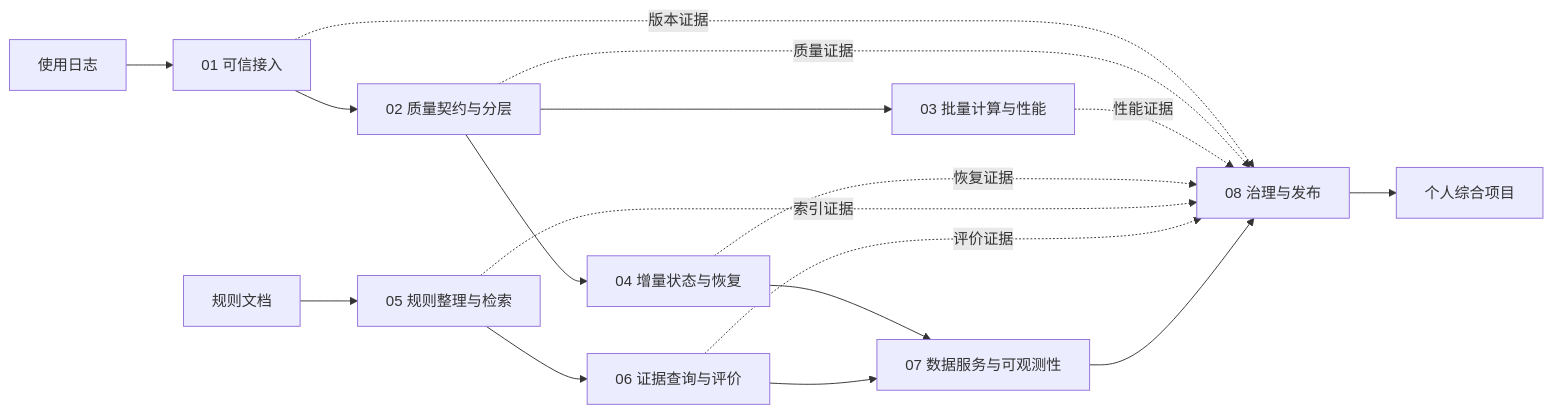
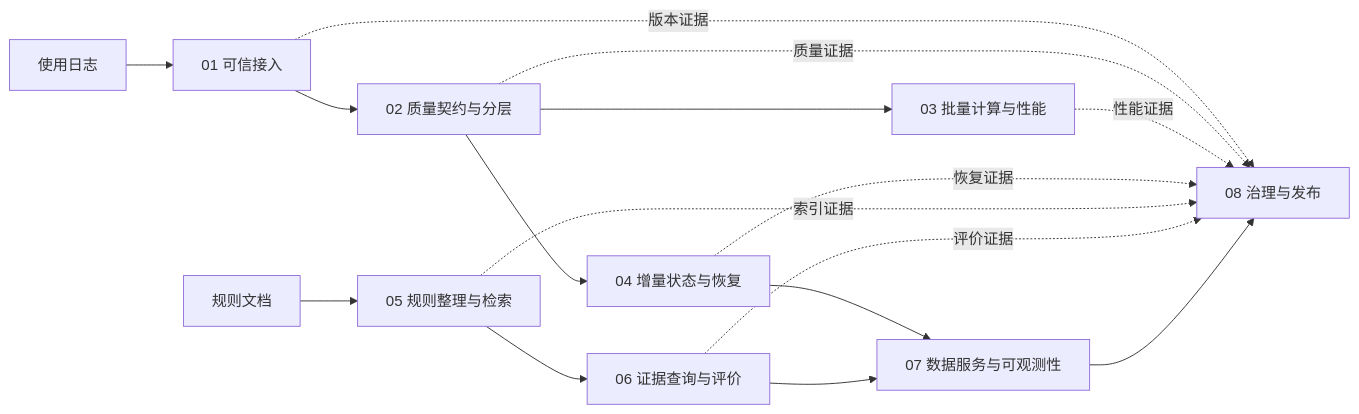
Before and after one commit to guoketg/course_cloude_computing: the diagram in 控制文档/课程总体设计方案.md, drawn with Mermaid. The commit also changed other lines of this file and 14 other files, not shown here.

````diff
--- a/控制文档/课程总体设计方案.md
+++ b/控制文档/课程总体设计方案.md
@@ -40,16 +40,16 @@
 ```mermaid
 flowchart LR
   L[使用日志] --> A[01 可信接入] --> B[02 质量契约与分层]
   B --> C[03 批量计算与性能]
   B --> D[04 增量状态与恢复]
   R[规则文档] --> E[05 规则整理与检索] --> F[06 证据查询与评价]
   D --> G[07 数据服务与可观测性]
   F --> G
   A -.版本证据.-> H[08 治理与发布]
   B -.质量证据.-> H
   C -.性能证据.-> H
   D -.恢复证据.-> H
   E -.索引证据.-> H
   F -.评价证据.-> H
-  G --> H --> I[个人综合项目]
+  G --> H
 ```
````
